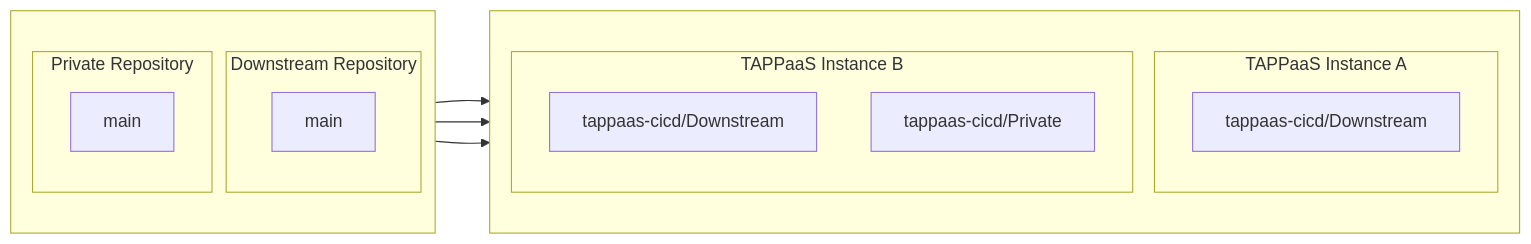
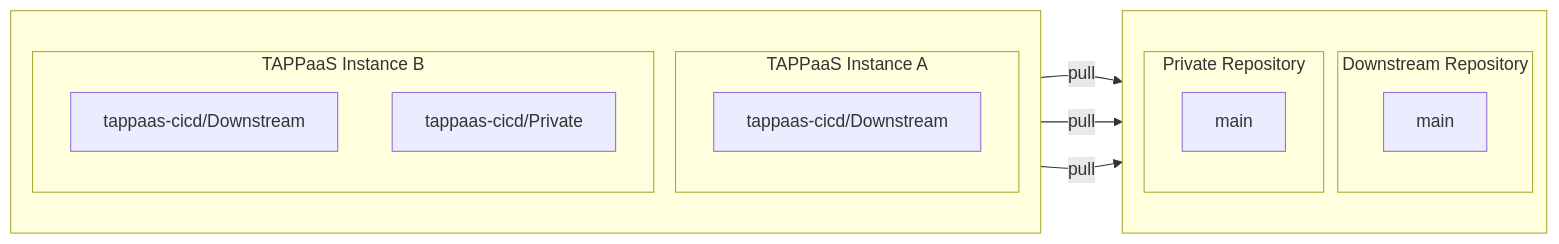
One commit to TAPPaaS/Documentation changed the fourth of 4 diagrams in docs/architecture/cicd-design/git-structure.md. Above: the diagram before and after it, drawn with Mermaid. The commit also changed other lines of this file, not shown here.

First line of the commit message:
Reverse arrow direction in Git Structure diagrams

````diff
--- a/docs/architecture/cicd-design/git-structure.md
+++ b/docs/architecture/cicd-design/git-structure.md
@@ -101,27 +101,27 @@
 ```mermaid
 flowchart LR
     subgraph Sources[" "]
         direction TB
         subgraph Downstream[Downstream Repository]
             down_main[main]
         end
         subgraph Private[Private Repository]
             priv_main[main]
         end
     end
 
     subgraph Instances[" "]
         direction TB
         subgraph InstanceA[TAPPaaS Instance A]
             localA[tappaas-cicd/Downstream]
         end
         subgraph InstanceB[TAPPaaS Instance B]
             localB[tappaas-cicd/Downstream]
             localB_priv[tappaas-cicd/Private]
         end
     end
 
-    down_main --> localA
-    down_main --> localB
-    priv_main --> localB_priv
+    localA -->|pull| down_main
+    localB -->|pull| down_main
+    localB_priv -->|pull| priv_main
 ```
````
